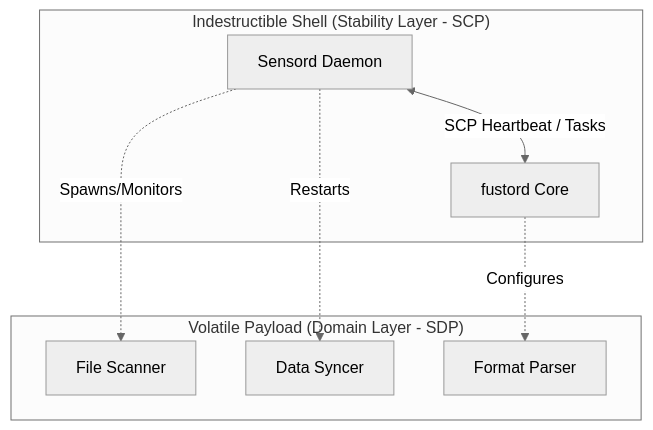
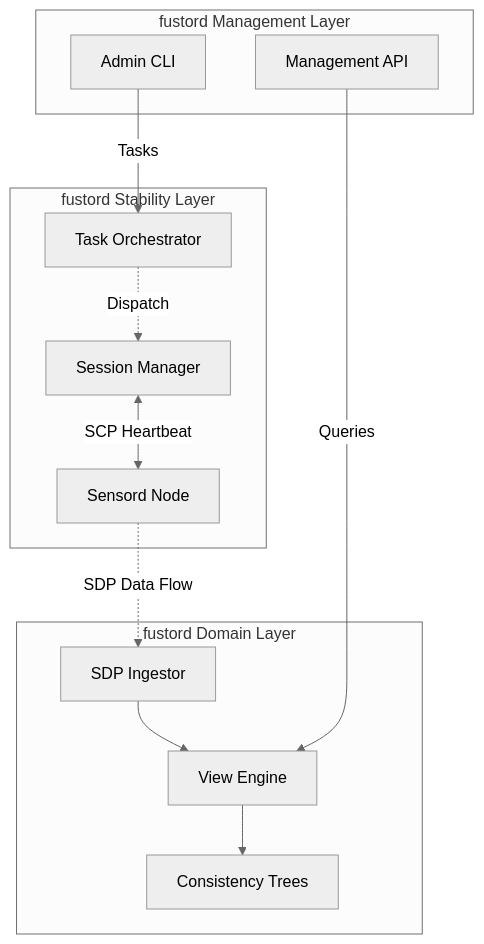
Before and after one commit to excelwang/fustor-data-platform: the diagram in fustord/specs/L0-VISION.md, drawn with Mermaid (neutral theme). The commit also changed other lines of this file and 12 other files, not shown here.

````diff
--- a/fustord/specs/L0-VISION.md
+++ b/fustord/specs/L0-VISION.md
@@ -38,16 +37,19 @@
 ```mermaid
 graph TD
-    subgraph "Indestructible Shell (Stability Layer - SCP)"
-        SensordDaemon[Sensord Daemon] <-->|SCP Heartbeat / Tasks| fustordCore[fustord Core]
+    subgraph "fustord Stability Layer"
+        SessionMgr[Session Manager] <-->|SCP Heartbeat| Sensord[Sensord Node]
+        Orchestrator[Task Orchestrator] -.->|Dispatch| SessionMgr
     end
 
-    subgraph "Volatile Payload (Domain Layer - SDP)"
-        Scanner[File Scanner]
-        Syncer[Data Syncer]
-        Parser[Format Parser]
+    subgraph "fustord Domain Layer"
+        Ingestor[SDP Ingestor] --> ViewEngine[View Engine]
+        ViewEngine --> MemoryTree[Consistency Trees]
     end
 
-    SensordDaemon -.->|Spawns/Monitors| Scanner
-    SensordDaemon -.->|Restarts| Syncer
-    fustordCore -.->|Configures| Parser
+    subgraph "fustord Management Layer"
+        API[Management API] -- Queries --> ViewEngine
+        CLI[Admin CLI] -- Tasks --> Orchestrator
+    end
+
+    Sensord -.->|SDP Data Flow| Ingestor
 ```
````
